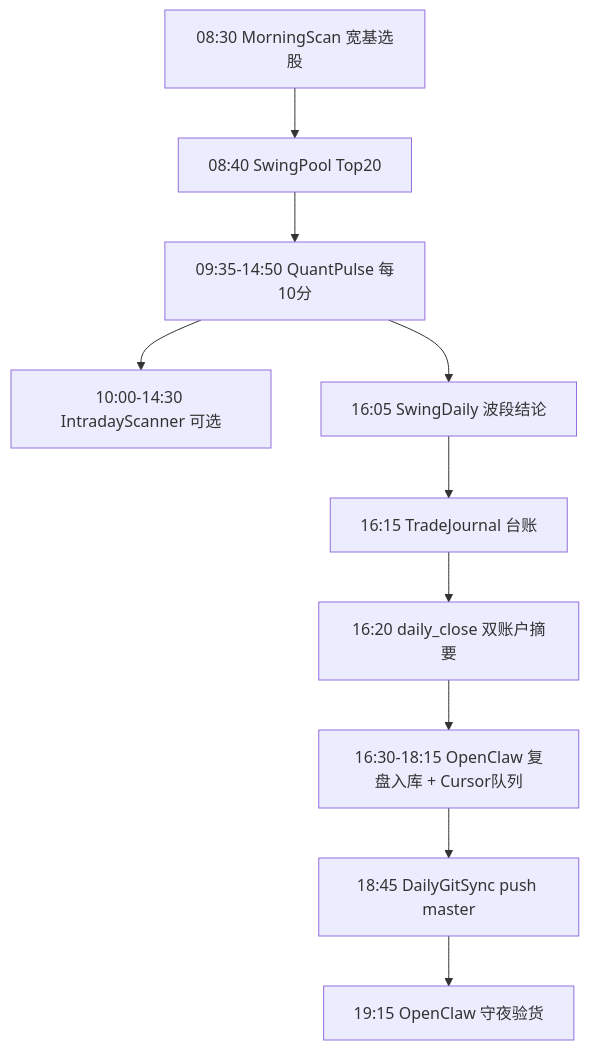
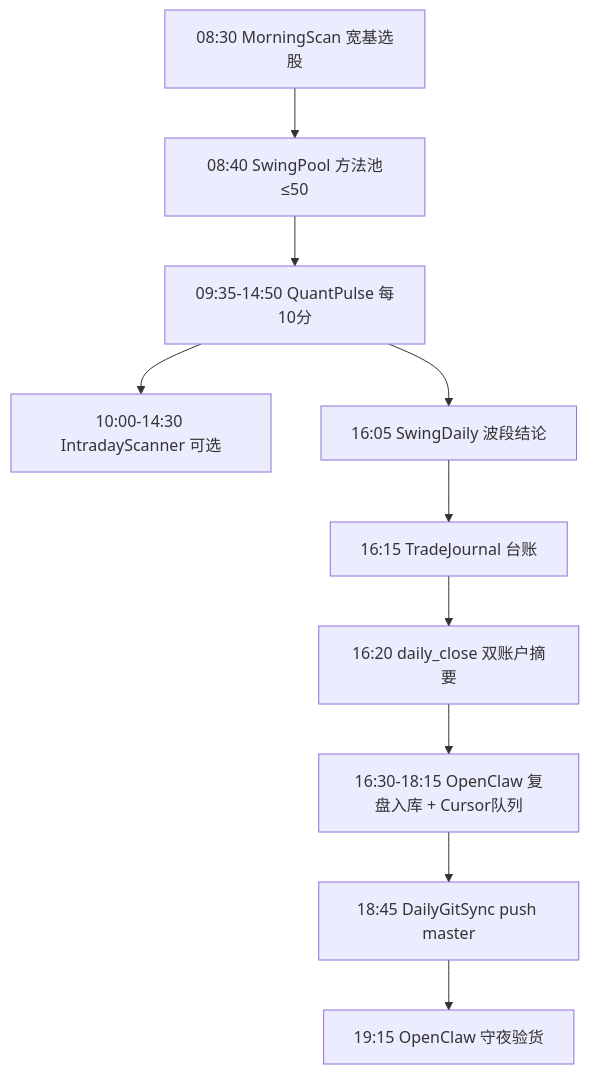
Before and after one commit to shaohjz/quant-learn: the diagram in docs/CRON_JOBS.md, drawn with Mermaid. The commit also changed other lines of this file and 9 other files, not shown here.

````diff
--- a/docs/CRON_JOBS.md
+++ b/docs/CRON_JOBS.md
@@ -23,12 +23,12 @@
 ```mermaid
 flowchart TD
-  A["08:30 MorningScan 宽基选股"] --> A2["08:40 SwingPool Top20"]
+  A["08:30 MorningScan 宽基选股"] --> A2["08:40 SwingPool 方法池≤50"]
   A2 --> B["09:35-14:50 QuantPulse 每10分"]
   B --> C["10:00-14:30 IntradayScanner 可选"]
   B --> D["16:05 SwingDaily 波段结论"]
   D --> E["16:15 TradeJournal 台账"]
   E --> F["16:20 daily_close 双账户摘要"]
   F --> G["16:30-18:15 OpenClaw 复盘入库 + Cursor队列"]
   G --> H["18:45 DailyGitSync push master"]
   H --> I["19:15 OpenClaw 守夜验货"]
 ```
````
